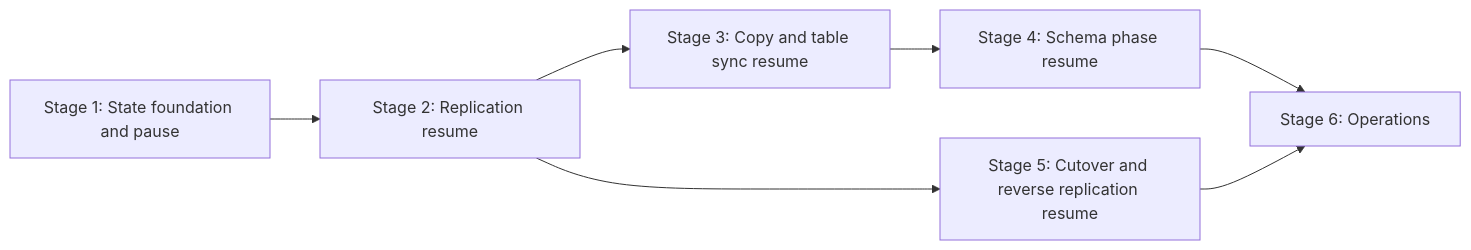
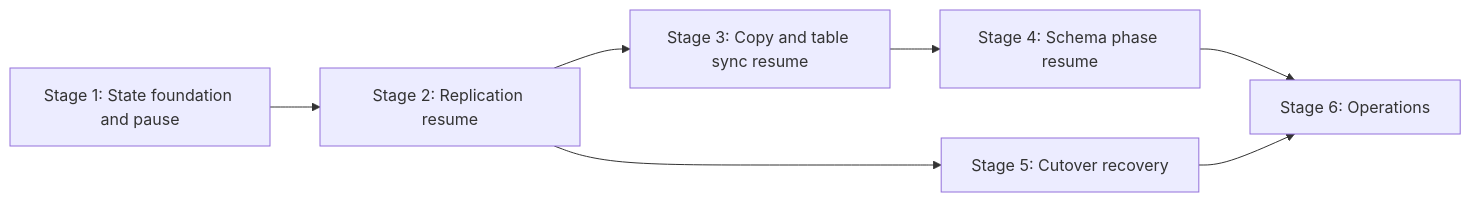
One commit to pgdogdev/pgdog changed the first of 6 diagrams in docs/RESUMABLE_RESHARDING.md. Above: the diagram before and after it, drawn with Mermaid. The commit also changed other lines of this file and 23 other files, not shown here.

````diff
--- a/docs/RESUMABLE_RESHARDING.md
+++ b/docs/RESUMABLE_RESHARDING.md
@@ -44,9 +44,9 @@
 ```mermaid
 flowchart LR
   S1[Stage 1: State foundation and pause] --> S2[Stage 2: Replication resume]
   S2 --> S3[Stage 3: Copy and table sync resume]
   S3 --> S4[Stage 4: Schema phase resume]
-  S2 --> S5[Stage 5: Cutover and reverse replication resume]
+  S2 --> S5[Stage 5: Cutover recovery]
   S4 --> S6[Stage 6: Operations]
   S5 --> S6
 ```
````
